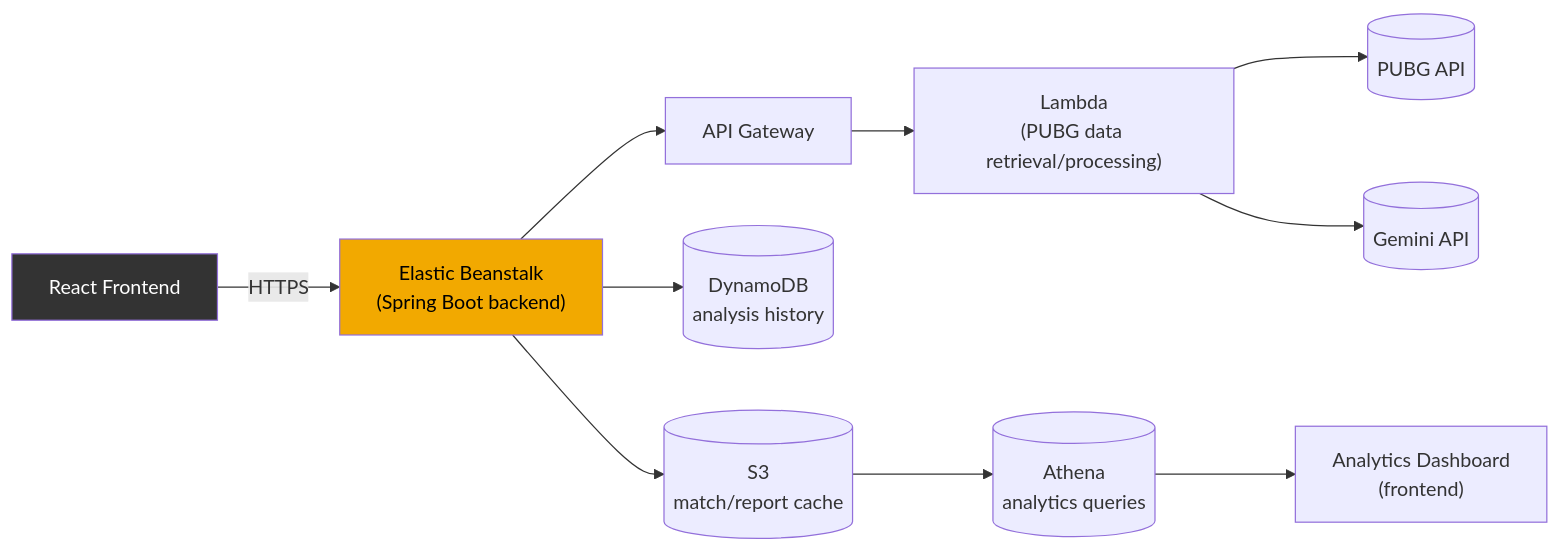
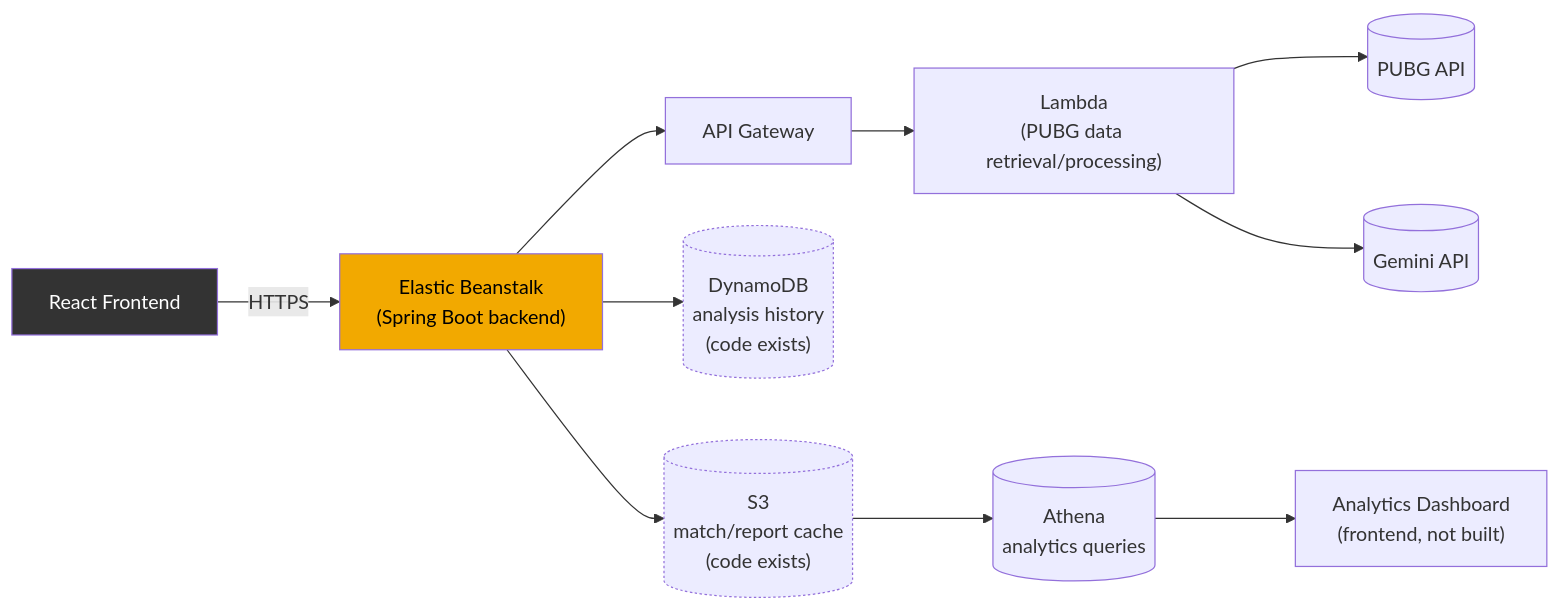
Diagram 14 of 14 in docs/ARCHITECTURE.md (lucietran03/pubg-insight-backend), drawn with Mermaid before and after one commit. The commit also changed other lines of this file and 23 other files, not shown here.

First line of the commit message:
feat: add DynamoDB Analysis History + S3 match caching (code only)

````diff
--- a/docs/ARCHITECTURE.md
+++ b/docs/ARCHITECTURE.md
@@ -460,15 +559,17 @@
 ```mermaid
 flowchart LR
     FE["React Frontend"] -->|HTTPS| EB["Elastic Beanstalk\n(Spring Boot backend)"]
     EB --> APIGW["API Gateway"]
     APIGW --> Lambda["Lambda\n(PUBG data retrieval/processing)"]
     Lambda --> PUBG[("PUBG API")]
     Lambda --> Gemini[("Gemini API")]
-    EB --> DDB[("DynamoDB\nanalysis history")]
-    EB --> S3[("S3\nmatch/report cache")]
+    EB --> DDB[("DynamoDB\nanalysis history\n(code exists)")]
+    EB --> S3[("S3\nmatch/report cache\n(code exists)")]
     S3 --> Athena[("Athena\nanalytics queries")]
-    Athena --> Dashboard["Analytics Dashboard\n(frontend)"]
+    Athena --> Dashboard["Analytics Dashboard\n(frontend, not built)"]
 
     style FE fill:#333,color:#fff
     style EB fill:#f2a900,color:#000
+    style DDB stroke-dasharray: 2 2
+    style S3 stroke-dasharray: 2 2
 ```
````
